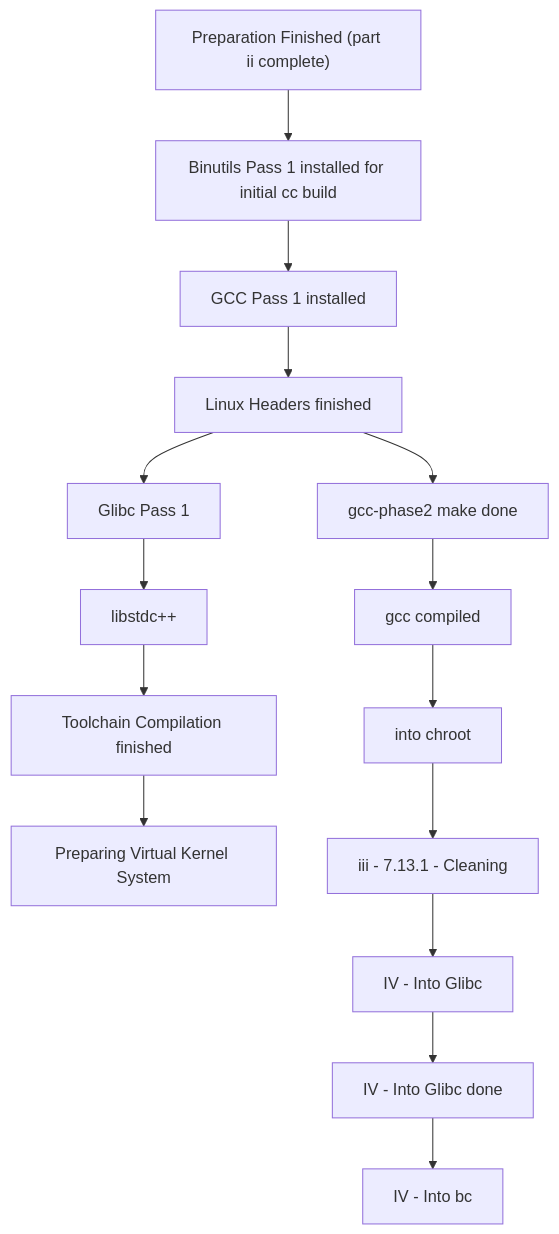
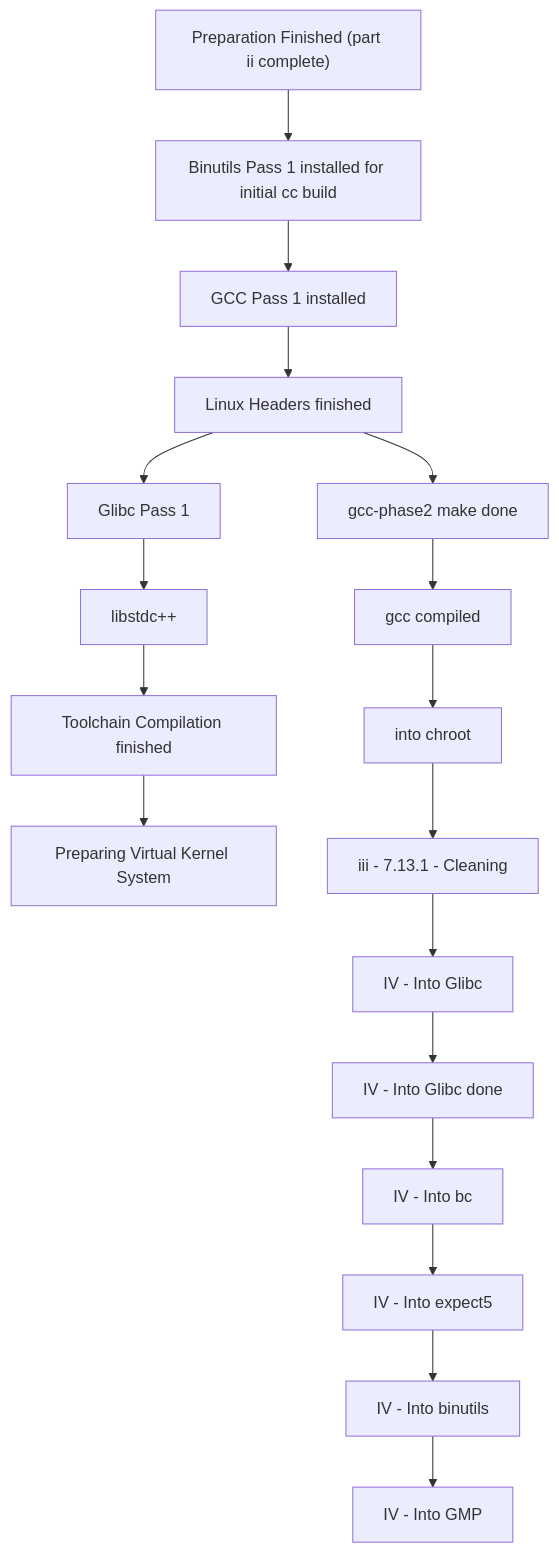
The diagram in snapshots.md (Somayyah/lfs), drawn with Mermaid before and after one commit. The commit also changed 1 other file, not shown here.

Commit message:
Finished binutils

````diff
--- a/snapshots.md
+++ b/snapshots.md
@@ -5,22 +5,27 @@
 ```mermaid
 flowchart TD;
     A["Preparation Finished (part ii complete)"]
     B["Binutils Pass 1 installed for initial cc build"]
     C["GCC Pass 1 installed"]
     D["Linux Headers finished"]
     E["Glibc Pass 1"]
     F["libstdc++"]
     G["Toolchain Compilation finished"]
     H["Preparing Virtual Kernel System"]
 
     D2["gcc-phase2 make done"]
 	E2["gcc compiled"]
 	F2["into chroot"]
 	G2["iii - 7.13.1 - Cleaning"]
 	H2["IV - Into Glibc"]
 	I2["IV - Into Glibc done"]
 	J2["IV - Into bc"]
+	K2["IV - Into expect5"]
+	L2["IV - Into binutils"]
+	M2["IV - Into GMP"]
+	
+	
 	
     A --> B --> C --> D --> E --> F --> G --> H;
-    D --> D2 --> E2 --> F2 --> G2 --> H2 --> I2 --> J2;
+    D --> D2 --> E2 --> F2 --> G2 --> H2 --> I2 --> J2 --> K2 --> L2 --> M2;
 ```
````
